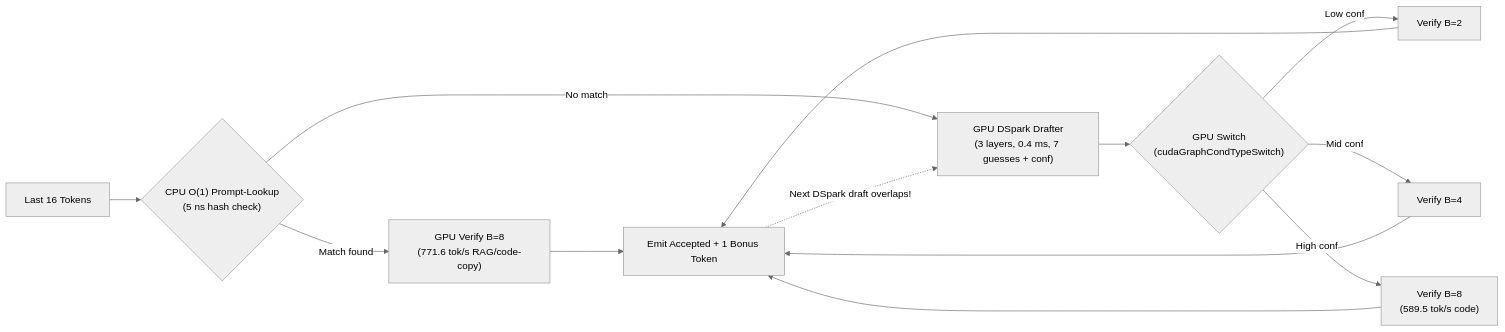
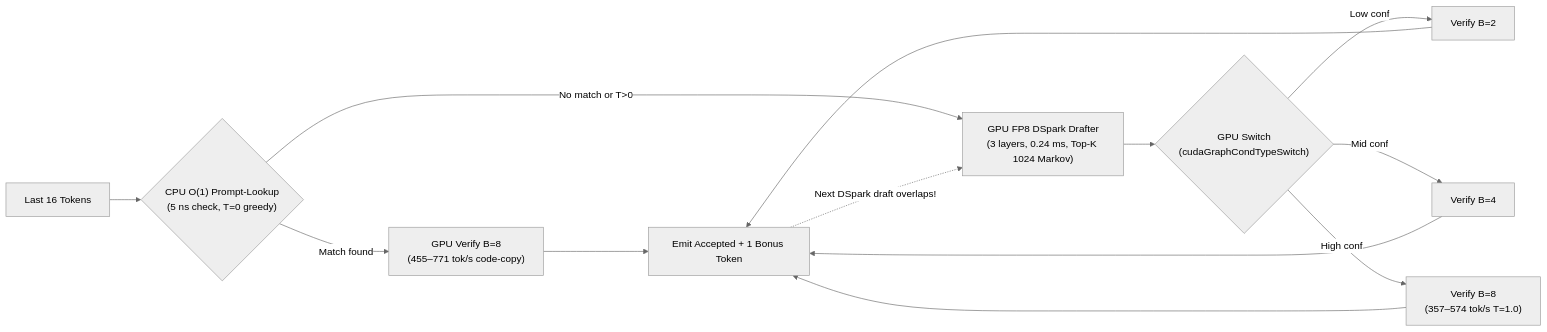
One commit to Sh1d0w/squid5090 changed the first of 2 diagrams in LITE.md. Above: the diagram before and after it, drawn with Mermaid (neutral theme). The commit also changed other lines of this file, not shown here.

````diff
--- a/LITE.md
+++ b/LITE.md
@@ -139,15 +140,15 @@
 ```mermaid
 flowchart LR
-    CTX["Last 16 Tokens"] --> PL{"CPU O(1) Prompt-Lookup<br/>(5 ns hash check)"}
-    PL -- "Match found" --> VB8["GPU Verify B=8<br/>(771.6 tok/s RAG/code-copy)"]
-    PL -- "No match" --> DS["GPU DSpark Drafter<br/>(3 layers, 0.4 ms, 7 guesses + conf)"]
+    CTX["Last 16 Tokens"] --> PL{"CPU O(1) Prompt-Lookup<br/>(5 ns check, T=0 greedy)"}
+    PL -- "Match found" --> VB8["GPU Verify B=8<br/>(455–771 tok/s code-copy)"]
+    PL -- "No match or T>0" --> DS["GPU FP8 DSpark Drafter<br/>(3 layers, 0.24 ms, Top-K 1024 Markov)"]
     DS --> SW{"GPU Switch<br/>(cudaGraphCondTypeSwitch)"}
     SW -- "Low conf" --> V2["Verify B=2"]
     SW -- "Mid conf" --> V4["Verify B=4"]
-    SW -- "High conf" --> V8["Verify B=8<br/>(589.5 tok/s code)"]
+    SW -- "High conf" --> V8["Verify B=8<br/>(357–574 tok/s T=1.0)"]
     V2 --> OUT["Emit Accepted + 1 Bonus Token"]
     V4 --> OUT
     V8 --> OUT
     VB8 --> OUT
     OUT -. "Next DSpark draft overlaps!" .-> DS
 ```
````
